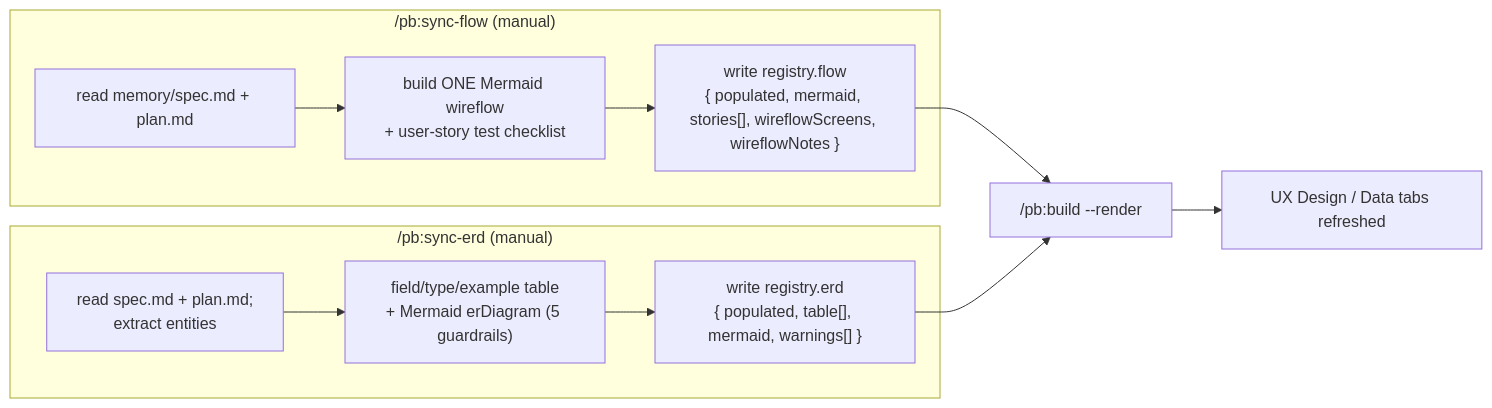
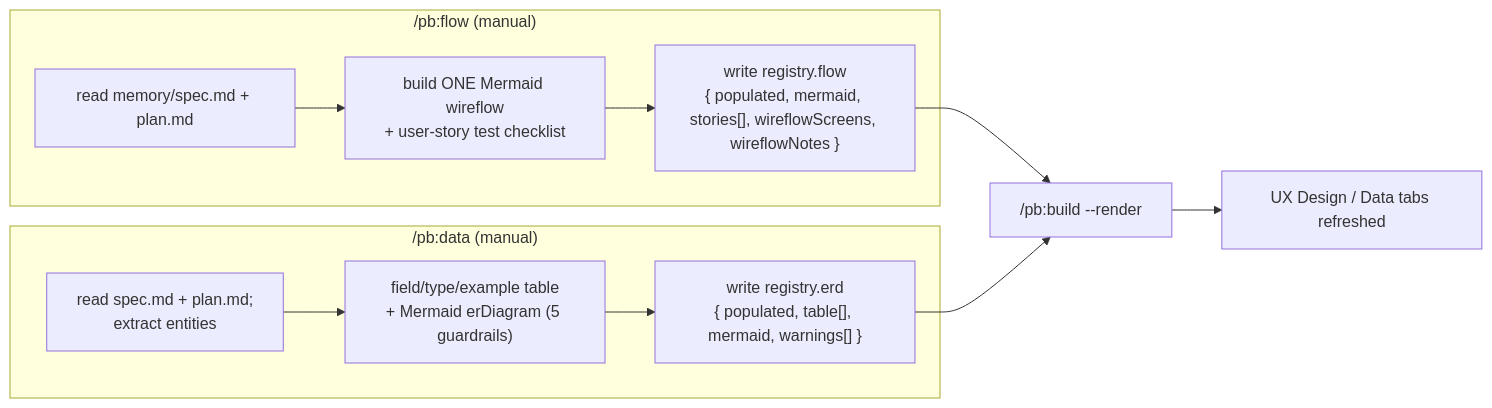
The third of 4 diagrams in docs/data-flow.md (danhnbui/prototype-builder), drawn with Mermaid before and after one commit. The commit also changed other lines of this file and 52 other files, not shown here.

````diff
--- a/docs/data-flow.md
+++ b/docs/data-flow.md
@@ -91,14 +91,14 @@
 ```mermaid
 flowchart LR
-  subgraph flow["/pb:sync-flow (manual)"]
+  subgraph flow["/pb:flow (manual)"]
     F1["read memory/spec.md + plan.md"] --> F2["build ONE Mermaid wireflow<br/>+ user-story test checklist"]
     F2 --> F3["write registry.flow<br/>{ populated, mermaid, stories[], wireflowScreens, wireflowNotes }"]
   end
-  subgraph erd["/pb:sync-erd (manual)"]
+  subgraph erd["/pb:data (manual)"]
     E1["read spec.md + plan.md;<br/>extract entities"] --> E2["field/type/example table<br/>+ Mermaid erDiagram (5 guardrails)"]
     E2 --> E3["write registry.erd<br/>{ populated, table[], mermaid, warnings[] }"]
   end
   F3 --> RENDER["/pb:build --render"]
   E3 --> RENDER
   RENDER --> VIEW["UX Design / Data tabs refreshed"]
 ```
````
